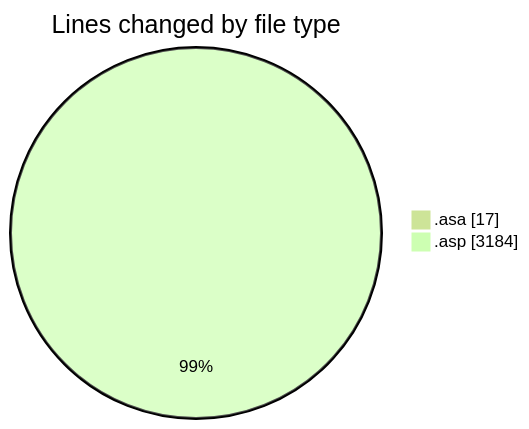
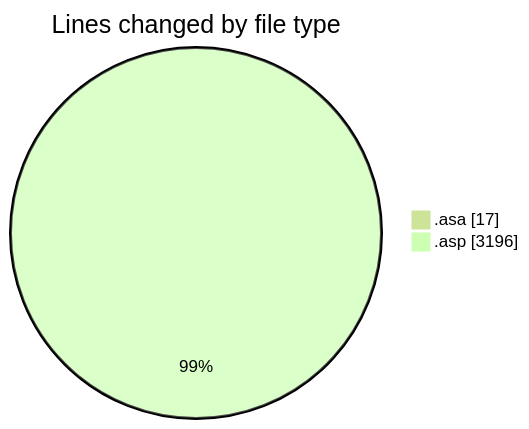
Before and after one commit to julien-gomy/code-tracking: the first of 2 diagrams in 2025-11-06/usr_aleoudev_fr__workspace_/README.md, drawn with Mermaid (forest theme). The commit also changed other lines of this file and 1 other file, not shown here.

````diff
--- a/2025-11-06/usr_aleoudev_fr__workspace_/README.md
+++ b/2025-11-06/usr_aleoudev_fr__workspace_/README.md
@@ -22,6 +22,6 @@
 ```mermaid
 pie showData
 title Lines changed by file type
 ".asa" : 17
-".asp" : 3184
+".asp" : 3196
 ```
````
